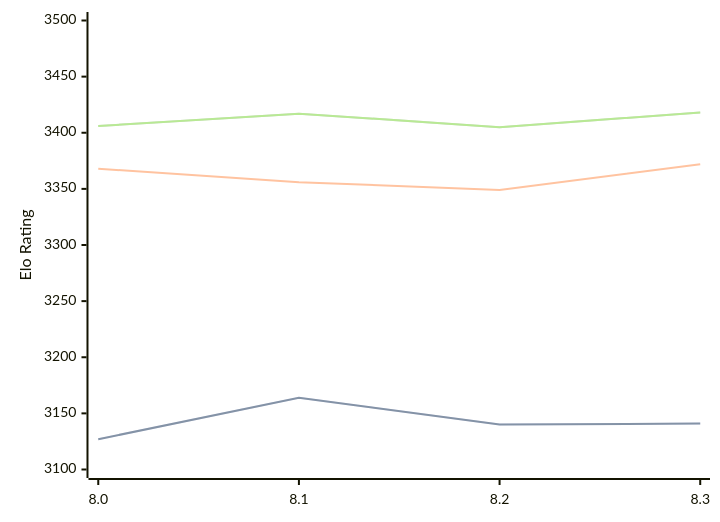
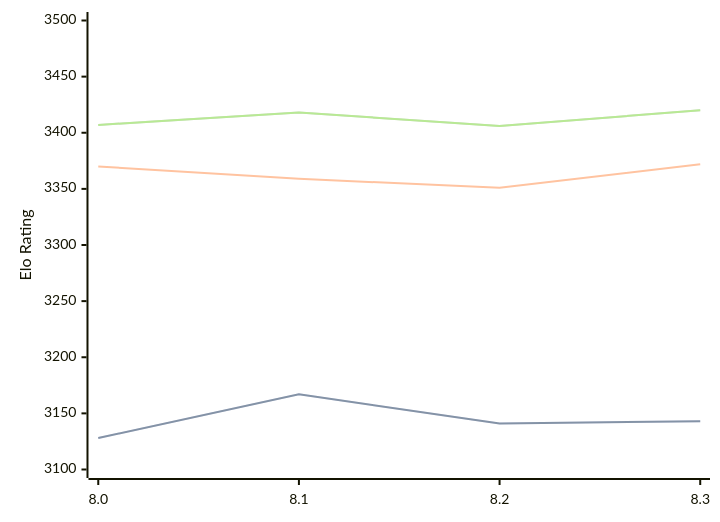
Before and after one commit to computer-chess-index/cci: the diagram in engines/Alexander.md, drawn with Mermaid. The commit also changed other lines of this file, not shown here.

Commit message:
Update CCI Ratings (ELO VLTC) - 2026-08-09

````diff
--- a/engines/Alexander.md
+++ b/engines/Alexander.md
@@ -34,11 +34,11 @@
 ```mermaid
 %%{init: {"theme":"base","themeVariables":{"seriesColors:['#a3a3a3','#222221','#faa371']}}}%%
 xychart-beta
   x-axis ["8.0", "8.1", "8.2", "8.3"]
   y-axis "Elo Rating" 3100 --> 3500
-  line "STC (8.0+0.08s)" [3127, 3164, 3140, 3141]
-  line "STC (8.0+0.08s)" [3127, 3164, 3140, 3141]
-  line "LTC (60.0+0.60s)" [3368, 3356, 3349, 3372]
-  line "VLTC (2m24s+1.12s)" [3406, 3417, 3405, 3418]
-  line "VLTC (2m24s+1.12s)" [3406, 3417, 3405, 3418]
+  line "STC (8.0+0.08s)" [3128, 3167, 3141, 3143]
+  line "STC (8.0+0.08s)" [3128, 3167, 3141, 3143]
+  line "LTC (60.0+0.60s)" [3370, 3359, 3351, 3372]
+  line "VLTC (2m24s+1.12s)" [3407, 3418, 3406, 3420]
+  line "VLTC (2m24s+1.12s)" [3407, 3418, 3406, 3420]
 ```
````
